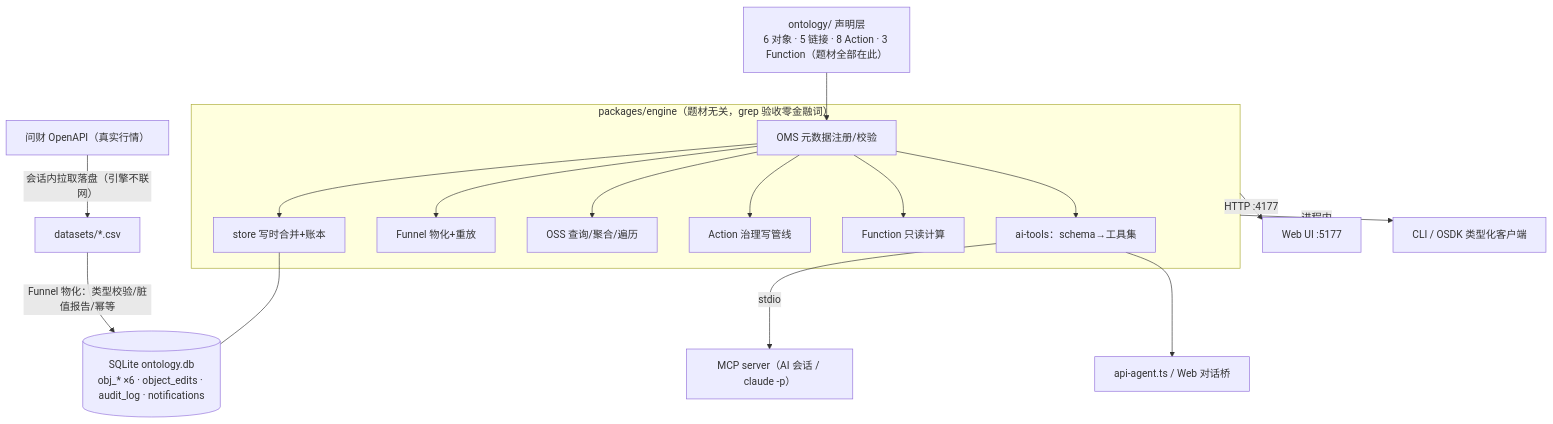
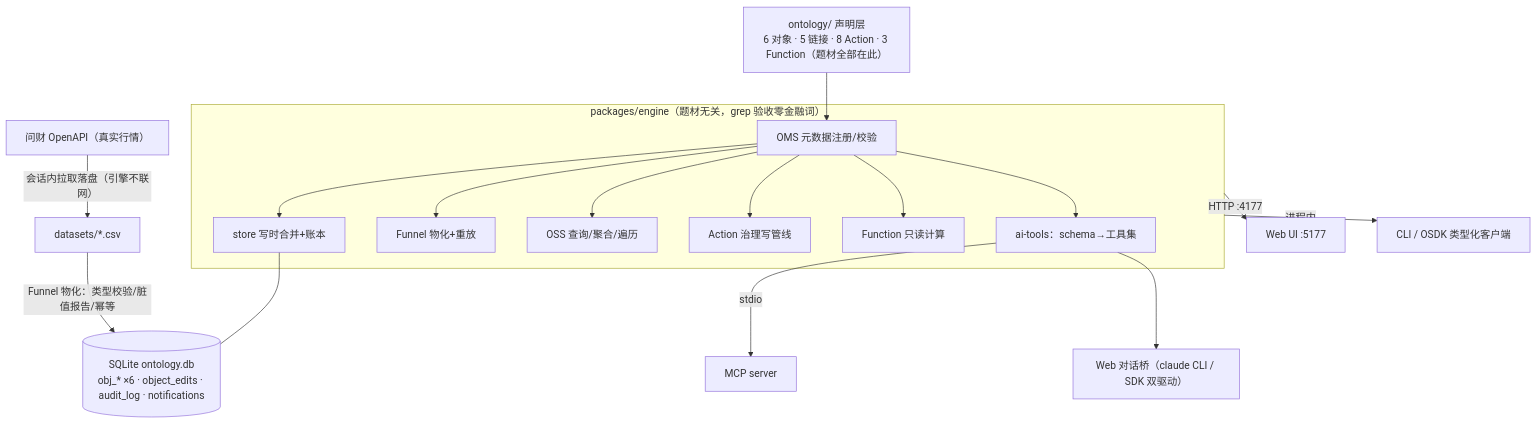
One commit to NemoAir/palantir-demo changed the diagram in README.md. Above: the diagram before and after it, drawn with Mermaid. The commit also changed other lines of this file and 3 other files, not shown here.

````diff
--- a/README.md
+++ b/README.md
@@ -34,19 +75,19 @@
 ```mermaid
 flowchart TD
     DS["问财 OpenAPI（真实行情）"] -->|"会话内拉取落盘（引擎不联网）"| CSV["datasets/*.csv"]
     CSV -->|"Funnel 物化：类型校验/脏值报告/幂等"| DB[("SQLite ontology.db<br/>obj_* ×6 · object_edits · audit_log · notifications")]
     ONT["ontology/ 声明层<br/>6 对象 · 5 链接 · 8 Action · 3 Function（题材全部在此）"] --> OMS
     subgraph ENGINE["packages/engine（题材无关，grep 验收零金融词）"]
         OMS["OMS 元数据注册/校验"] --> STORE["store 写时合并+账本"]
         OMS --> FUNNEL["Funnel 物化+重放"]
         OMS --> OSS["OSS 查询/聚合/遍历"]
         OMS --> ACT["Action 治理写管线"]
         OMS --> FN["Function 只读计算"]
         OMS --> AIT["ai-tools：schema→工具集"]
     end
     STORE --- DB
     ENGINE -->|"HTTP :4177"| WEB["Web UI :5177"]
     ENGINE -->|"进程内"| CLI["CLI / OSDK 类型化客户端"]
-    AIT -->|"stdio"| MCP["MCP server（AI 会话 / claude -p）"]
-    AIT --> AGENT["api-agent.ts / Web 对话桥"]
+    AIT -->|"stdio"| MCP["MCP server"]
+    AIT --> CHAT["Web 对话桥（claude CLI / SDK 双驱动）"]
 ```
````
